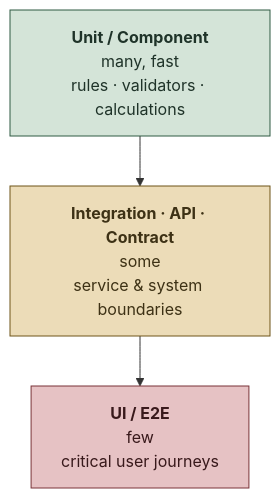
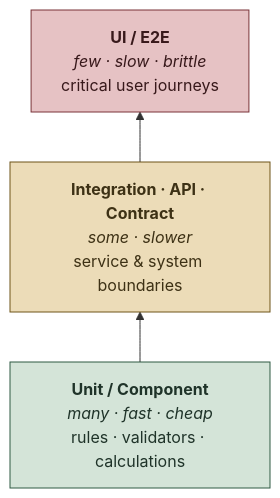
One commit to paulamarcondes/QA_Playbook changed the first of 2 diagrams in 02-during-development.md. Above: the diagram before and after it, drawn with Mermaid. The commit also changed other lines of this file and 6 other files, not shown here.

Commit message:
Fix diagrams and Dijkstra link

````diff
--- a/02-during-development.md
+++ b/02-during-development.md
@@ -97,10 +97,16 @@
 ```mermaid
-flowchart TB
-    U["<b>Unit / Component</b><br/>many, fast<br/>rules · validators · calculations"]:::base
-    I["<b>Integration · API · Contract</b><br/>some<br/>service &amp; system boundaries"]:::mid
-    E["<b>UI / E2E</b><br/>few<br/>critical user journeys"]:::top
+flowchart BT
+    U["`**Unit / Component**
+*many · fast · cheap*
+rules · validators · calculations`"]:::base
+    I["`**Integration · API · Contract**
+*some · slower*
+service & system boundaries`"]:::mid
+    E["`**UI / E2E**
+*few · slow · brittle*
+critical user journeys`"]:::top
     U --> I --> E
     classDef base fill:#d4e4d8,stroke:#2f5a43,color:#1f3329;
     classDef mid  fill:#ecdcb8,stroke:#6e5418,color:#3d3115;
     classDef top  fill:#e6c2c4,stroke:#7a3338,color:#38191b;
 ```
````
